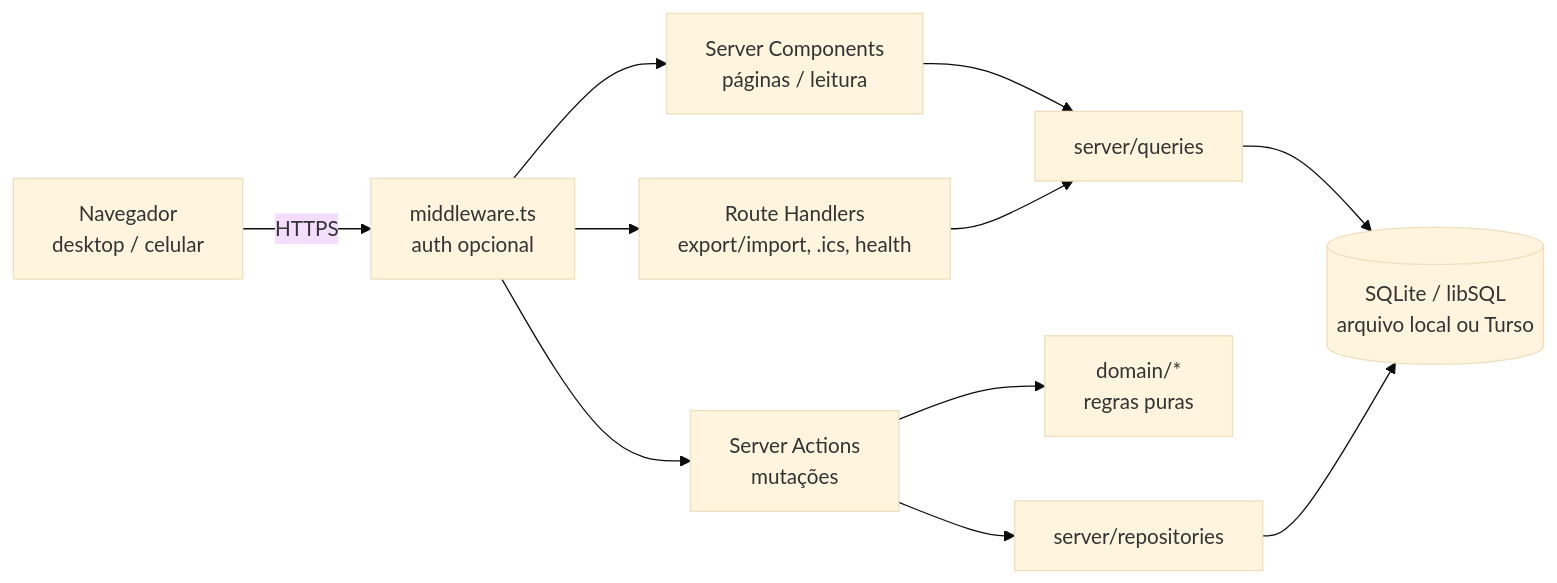
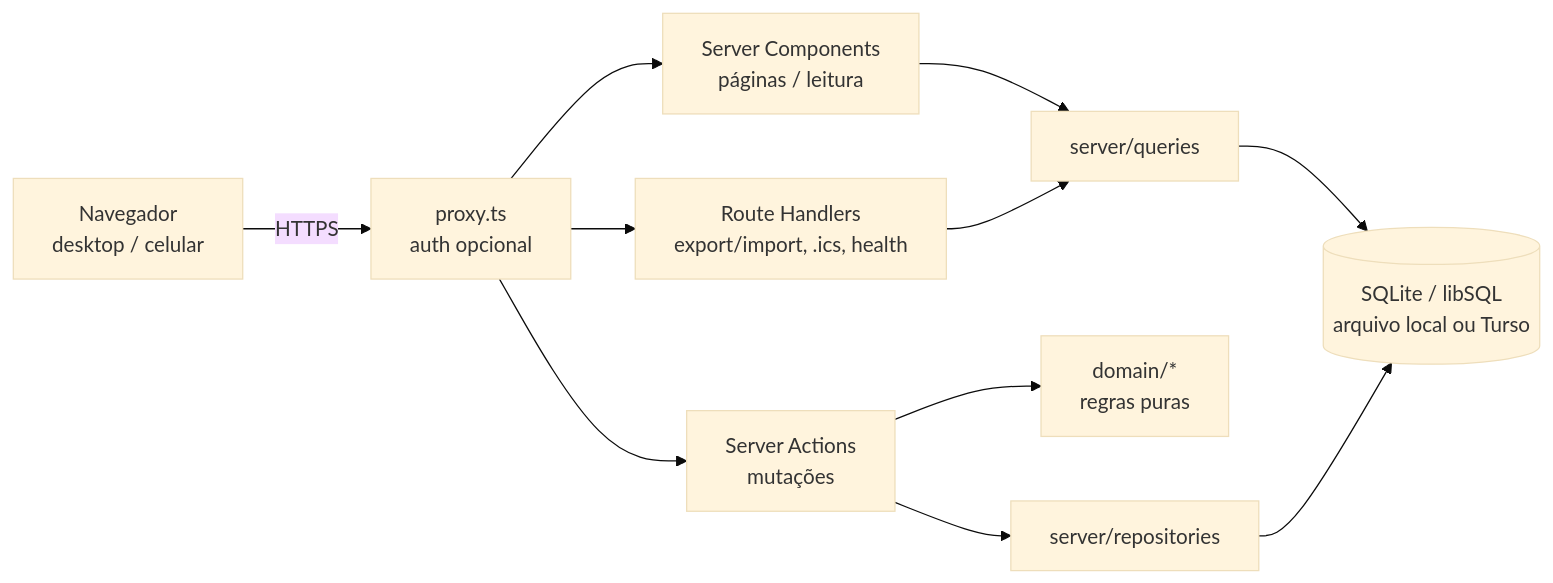
One commit to rkenjiak/concurso changed the first of 2 diagrams in docs/ARQUITETURA.md. Above: the diagram before and after it, drawn with Mermaid (base theme). The commit also changed other lines of this file and 37 other files, not shown here.

First line of the commit message:
feat(auth): autenticação opcional por senha com sessão JWT

````diff
--- a/docs/ARQUITETURA.md
+++ b/docs/ARQUITETURA.md
@@ -35,13 +35,13 @@
 ```mermaid
 flowchart LR
-  U[Navegador<br/>desktop / celular] -->|HTTPS| MW[middleware.ts<br/>auth opcional]
+  U[Navegador<br/>desktop / celular] -->|HTTPS| MW[proxy.ts<br/>auth opcional]
   MW --> RSC[Server Components<br/>páginas / leitura]
   MW --> SA[Server Actions<br/>mutações]
   MW --> RH[Route Handlers<br/>export/import, .ics, health]
   RSC --> Q[server/queries]
   SA --> D[domain/*<br/>regras puras]
   SA --> R[server/repositories]
   Q --> DB[(SQLite / libSQL<br/>arquivo local ou Turso)]
   R --> DB
   RH --> Q
 ```
````
